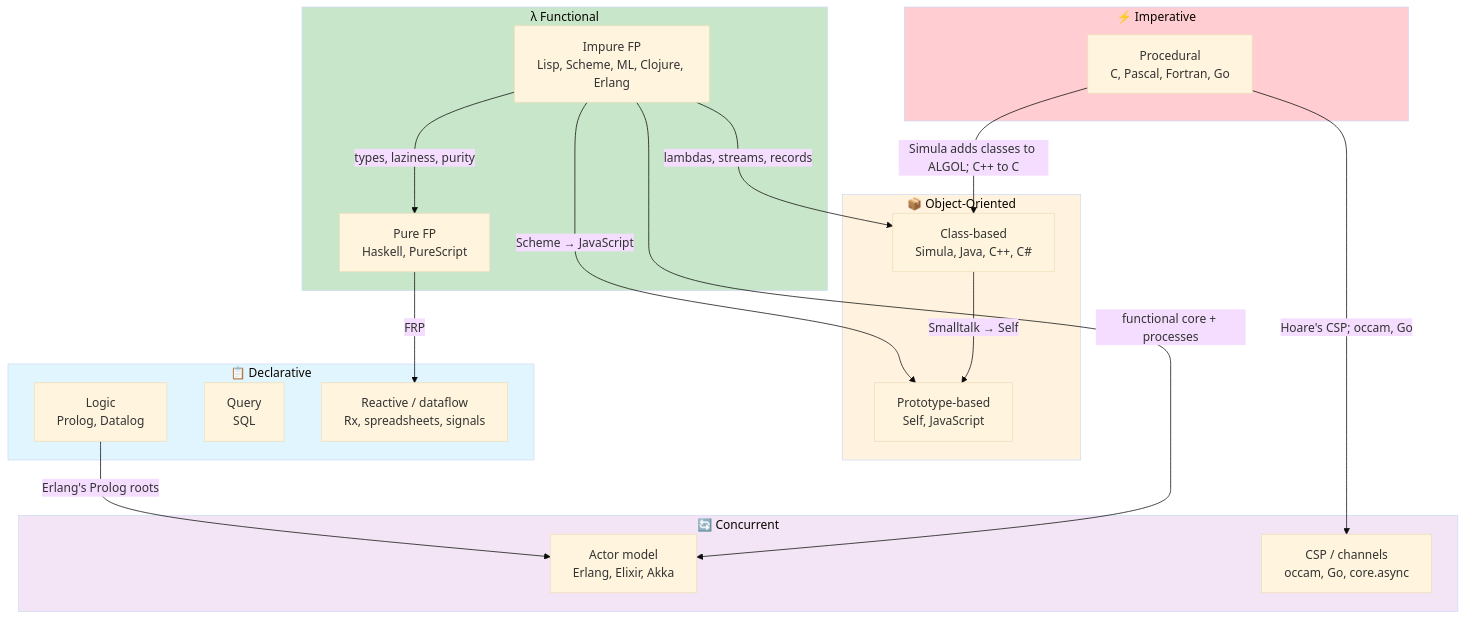
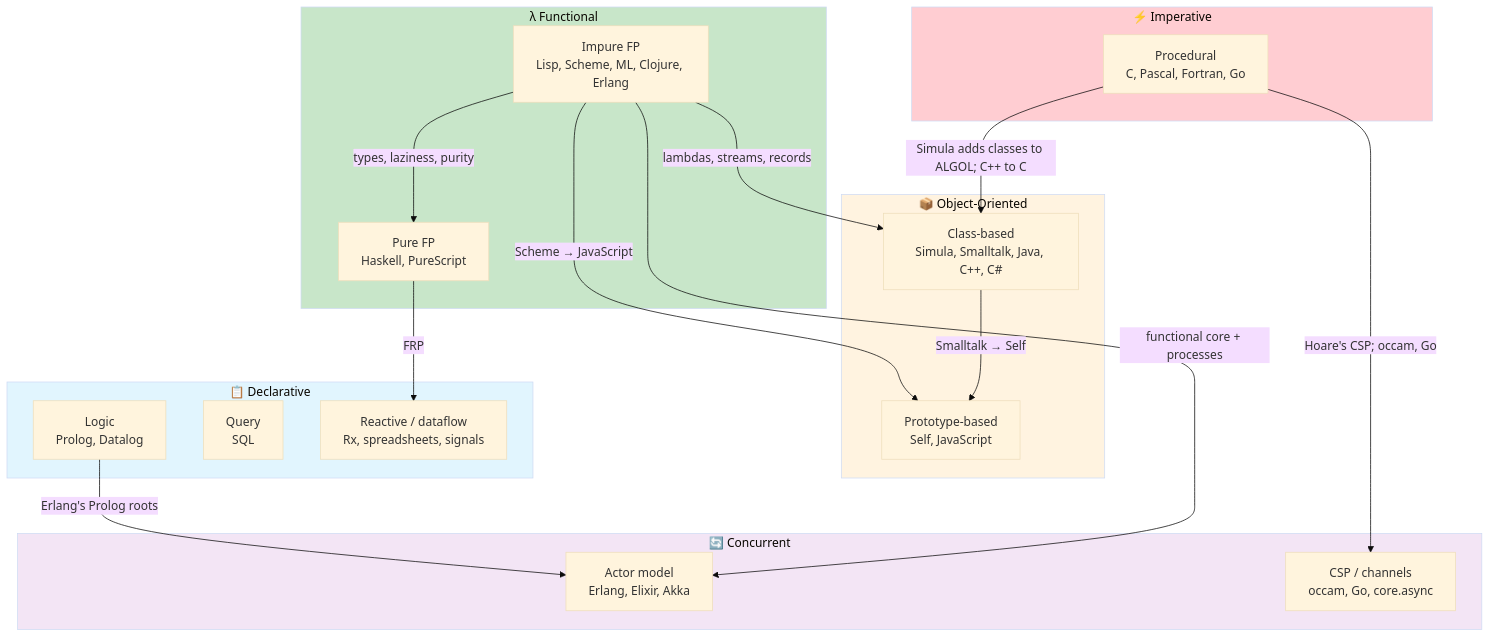
Before and after one commit to akardapolov/software-atlas: the first of 8 diagrams in docs/maps/paradigms-map.md, drawn with Mermaid (base theme). The commit also changed other lines of this file, not shown here.

````diff
--- a/docs/maps/paradigms-map.md
+++ b/docs/maps/paradigms-map.md
@@ -50,43 +72,43 @@
 ```mermaid
 flowchart TD
     subgraph Imperative["⚡ Imperative"]
         Procedural["Procedural<br/>C, Pascal, Fortran, Go"]
     end
 
     subgraph OOP["📦 Object-Oriented"]
-        ClassBased["Class-based<br/>Simula, Java, C++, C#"]
+        ClassBased["Class-based<br/>Simula, Smalltalk, Java, C++, C#"]
         ProtoBased["Prototype-based<br/>Self, JavaScript"]
     end
 
     subgraph Functional["λ Functional"]
         ImpureFP["Impure FP<br/>Lisp, Scheme, ML, Clojure, Erlang"]
         PureFP["Pure FP<br/>Haskell, PureScript"]
     end
 
     subgraph Declarative["📋 Declarative"]
         Logic["Logic<br/>Prolog, Datalog"]
         Query["Query<br/>SQL"]
         Reactive["Reactive / dataflow<br/>Rx, spreadsheets, signals"]
     end
 
     subgraph Concurrent["🔄 Concurrent"]
         Actor["Actor model<br/>Erlang, Elixir, Akka"]
         CSP["CSP / channels<br/>occam, Go, core.async"]
     end
 
     Procedural -->|"Simula adds classes to ALGOL; C++ to C"| ClassBased
     ClassBased -->|"Smalltalk → Self"| ProtoBased
     ImpureFP -->|"Scheme → JavaScript"| ProtoBased
     ImpureFP -->|"lambdas, streams, records"| ClassBased
     ImpureFP -->|"types, laziness, purity"| PureFP
     PureFP -->|"FRP"| Reactive
     ImpureFP -->|"functional core + processes"| Actor
     Logic -->|"Erlang's Prolog roots"| Actor
     Procedural -->|"Hoare's CSP; occam, Go"| CSP
 
     style Imperative fill:#ffcdd2
     style OOP fill:#fff3e0
     style Functional fill:#c8e6c9
     style Declarative fill:#e1f5fe
     style Concurrent fill:#f3e5f5
 ```
````
